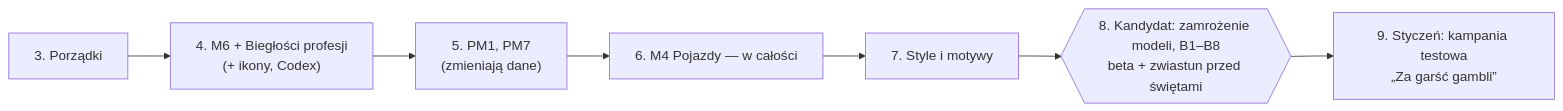
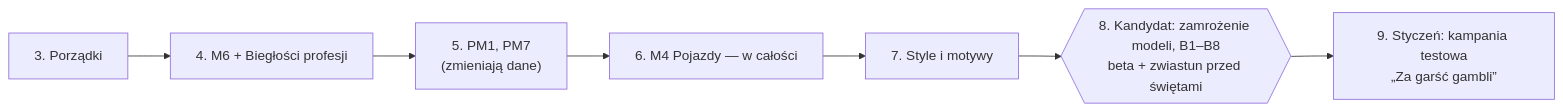
One commit to jjanisze/FVTT-NOE changed the first of 2 diagrams in PLAN_beta.md. Above: the diagram before and after it, drawn with Mermaid. The commit also changed other lines of this file and 1 other file, not shown here.

````diff
--- a/PLAN_beta.md
+++ b/PLAN_beta.md
@@ -31,9 +31,9 @@
 ```mermaid
 flowchart LR
-  P["3. Porządki"] --> M6["4. M6 + Biegłości profesji<br/>(+ ikony, Codex)"]
+  P["3. Porządki"] --> M6["4. M6 + Biegłości profesji"]
   M6 --> PM["5. PM1, PM7<br/>(zmieniają dane)"]
   PM --> M4["6. M4 Pojazdy — w całości"]
   M4 --> ST["7. Style i motywy"]
   ST --> RC{{"8. Kandydat: zamrożenie modeli, B1–B8<br/>beta + zwiastun przed świętami"}}
   RC --> GG["9. Styczeń: kampania testowa<br/>„Za garść gambli”"]
 ```
````
